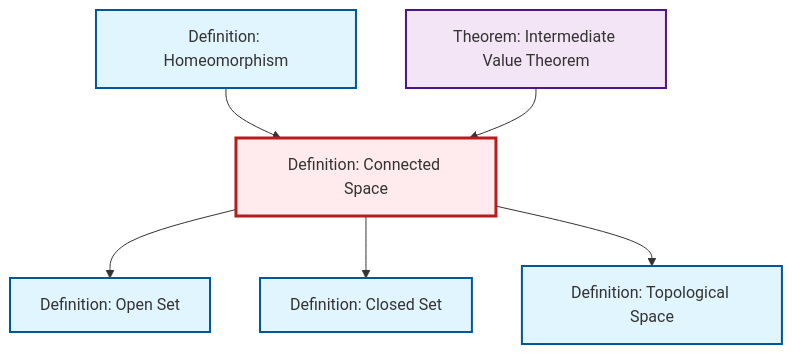
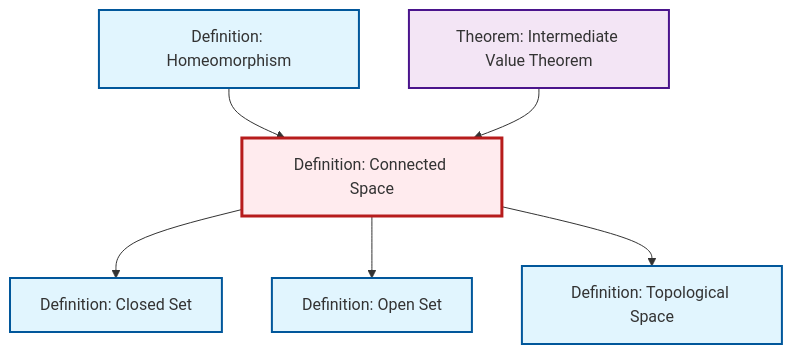
The diagram in content/ja/topology/def-connected.qmd (RK0429/ModernMath), drawn with Mermaid before and after one commit. The commit also changed other lines of this file and 634 other files, not shown here.

````diff
--- a/content/ja/topology/def-connected.qmd
+++ b/content/ja/topology/def-connected.qmd
@@ -50,26 +50,26 @@
 ```{mermaid}
 %%| fig-cap: "Local dependency graph"
 graph TD
     classDef definition fill:#e1f5fe,stroke:#01579b,stroke-width:2px
     classDef theorem fill:#f3e5f5,stroke:#4a148c,stroke-width:2px
     classDef axiom fill:#fff3e0,stroke:#e65100,stroke-width:2px
     classDef example fill:#e8f5e9,stroke:#1b5e20,stroke-width:2px
     classDef current fill:#ffebee,stroke:#b71c1c,stroke-width:3px
+    def-homeomorphism["Definition: Homeomorphism"]:::definition
+    def-topological-space["Definition: Topological Space"]:::definition
+    def-closed-set["Definition: Closed Set"]:::definition
     thm-intermediate-value["Theorem: Intermediate Value Theorem"]:::theorem
     def-open-set["Definition: Open Set"]:::definition
     def-connected["Definition: Connected Space"]:::definition
-    def-topological-space["Definition: Topological Space"]:::definition
-    def-closed-set["Definition: Closed Set"]:::definition
-    def-homeomorphism["Definition: Homeomorphism"]:::definition
+    def-homeomorphism --> def-connected
+    def-connected --> def-closed-set
     def-connected --> def-open-set
-    def-homeomorphism --> def-connected
     thm-intermediate-value --> def-connected
-    def-connected --> def-closed-set
     def-connected --> def-topological-space
     class def-connected current
+    click def-homeomorphism "def-homeomorphism.html" "Definition: Homeomorphismへ"
+    click def-topological-space "def-topological-space.html" "Definition: Topological Spaceへ"
+    click def-closed-set "def-closed-set.html" "Definition: Closed Setへ"
     click thm-intermediate-value "thm-intermediate-value.html" "Theorem: Intermediate Value Theoremへ"
     click def-open-set "def-open-set.html" "Definition: Open Setへ"
-    click def-topological-space "def-topological-space.html" "Definition: Topological Spaceへ"
-    click def-closed-set "def-closed-set.html" "Definition: Closed Setへ"
-    click def-homeomorphism "def-homeomorphism.html" "Definition: Homeomorphismへ"
 ```
````
